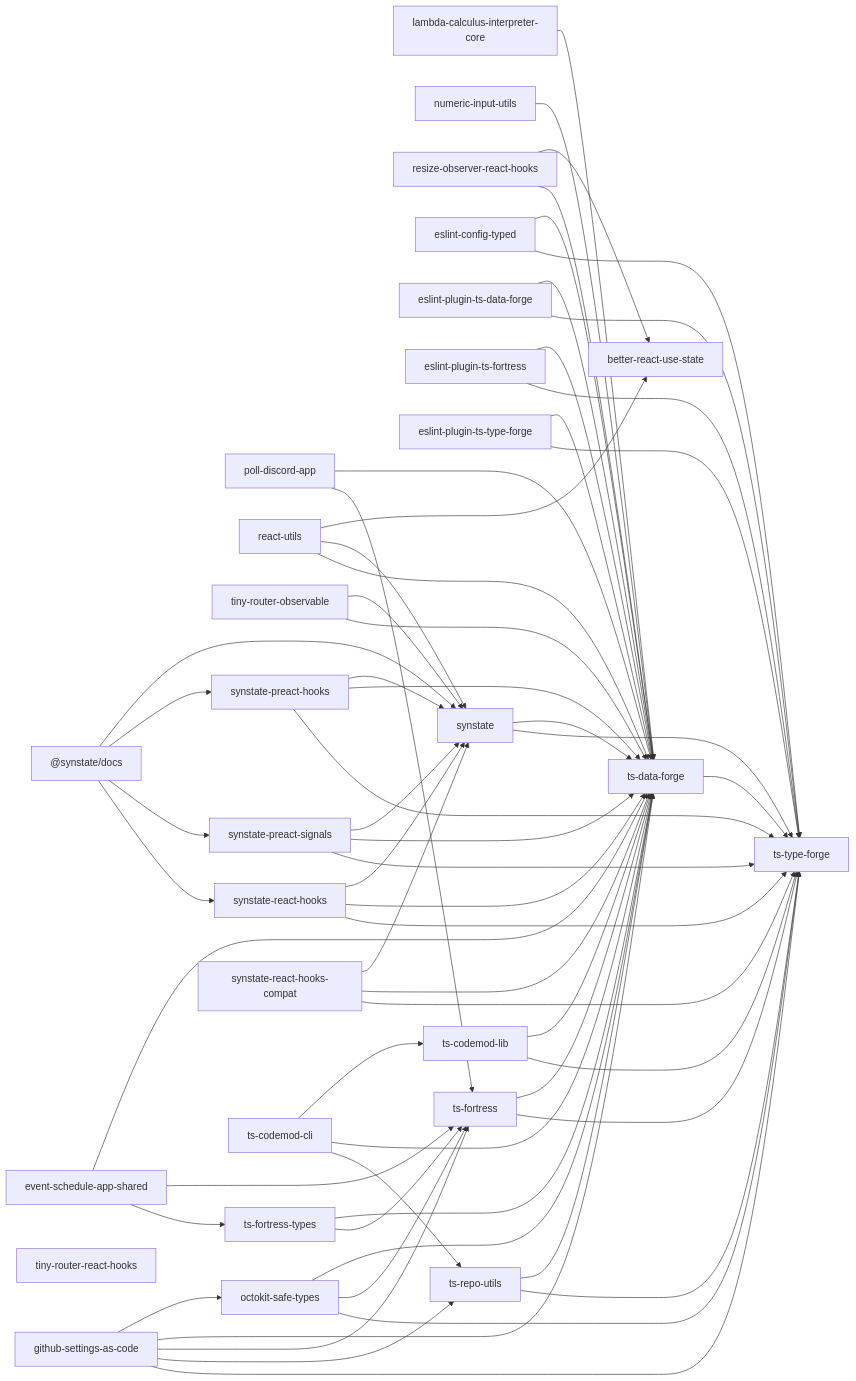
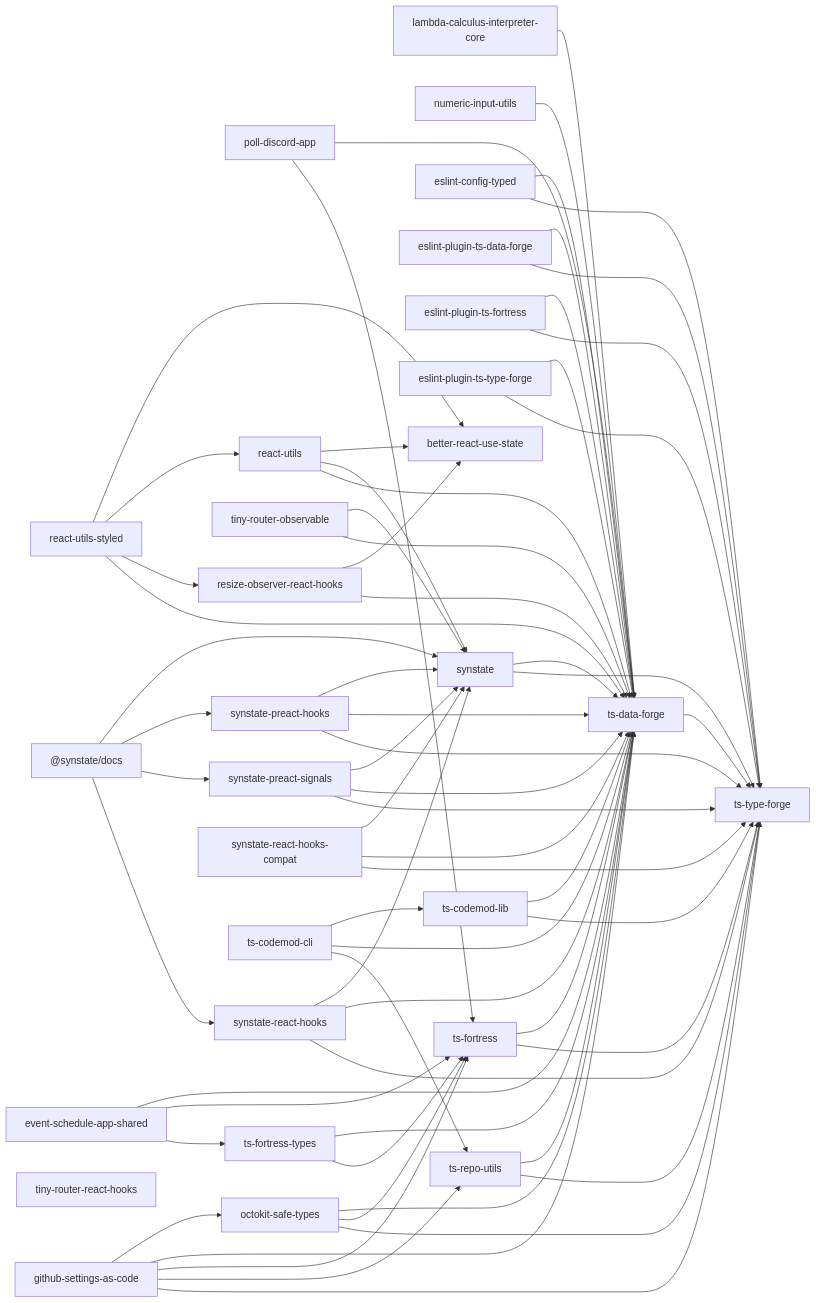
One commit to noshiro-pf/mono changed the diagram in docs/package-dependencies.md. Above: the diagram before and after it, drawn with Mermaid. The commit also changed other lines of this file and 17 other files, not shown here.

First line of the commit message:
feat: restore react-utils-styled from experimental/ (#1633)

```diff
--- a/docs/package-dependencies.md
+++ b/docs/package-dependencies.md
@@ -17,6 +17,7 @@
   numeric_input_utils["numeric-input-utils"]
   poll_discord_app["poll-discord-app"]
   react_utils["react-utils"]
+  react_utils_styled["react-utils-styled"]
   resize_observer_react_hooks["resize-observer-react-hooks"]
   _synstate_docs["@synstate/docs"]
   tiny_router_observable["tiny-router-observable"]
@@ -50,6 +51,10 @@
   react_utils --> better_react_use_state
   react_utils --> synstate
   react_utils --> ts_data_forge
+  react_utils_styled --> better_react_use_state
+  react_utils_styled --> react_utils
+  react_utils_styled --> resize_observer_react_hooks
+  react_utils_styled --> ts_data_forge
   resize_observer_react_hooks --> better_react_use_state
   resize_observer_react_hooks --> ts_data_forge
   _synstate_docs --> synstate
```
